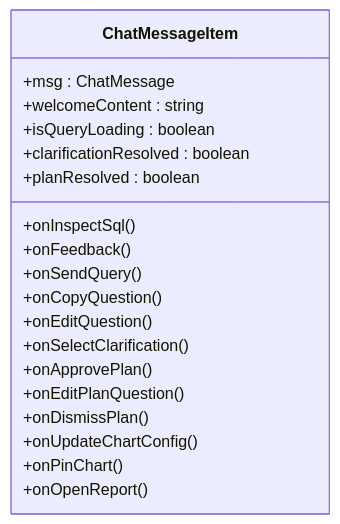
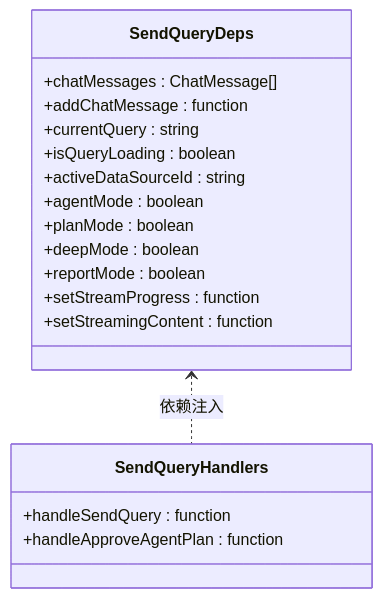
The fourth of 5 diagrams in .qoder/repowiki/zh/content/前端应用/核心组件库/查询聊天组件.md (dgjin/smart-data-analytics), drawn with Mermaid before and after one commit. The commit also changed other lines of this file and 146 other files, not shown here.

````diff
--- a/.qoder/repowiki/zh/content/前端应用/核心组件库/查询聊天组件.md
+++ b/.qoder/repowiki/zh/content/前端应用/核心组件库/查询聊天组件.md
@@ -169,22 +222,21 @@
 ```mermaid
 classDiagram
-class ChatMessageItem {
-+msg : ChatMessage
-+welcomeContent : string
+class SendQueryDeps {
++chatMessages : ChatMessage[]
++addChatMessage : function
++currentQuery : string
 +isQueryLoading : boolean
-+clarificationResolved : boolean
-+planResolved : boolean
-+onInspectSql()
-+onFeedback()
-+onSendQuery()
-+onCopyQuestion()
-+onEditQuestion()
-+onSelectClarification()
-+onApprovePlan()
-+onEditPlanQuestion()
-+onDismissPlan()
-+onUpdateChartConfig()
-+onPinChart()
-+onOpenReport()
++activeDataSourceId : string
++agentMode : boolean
++planMode : boolean
++deepMode : boolean
++reportMode : boolean
++setStreamProgress : function
++setStreamingContent : function
 }
+class SendQueryHandlers {
++handleSendQuery : function
++handleApproveAgentPlan : function
+}
+SendQueryDeps <.. SendQueryHandlers : 依赖注入
 ```
````
